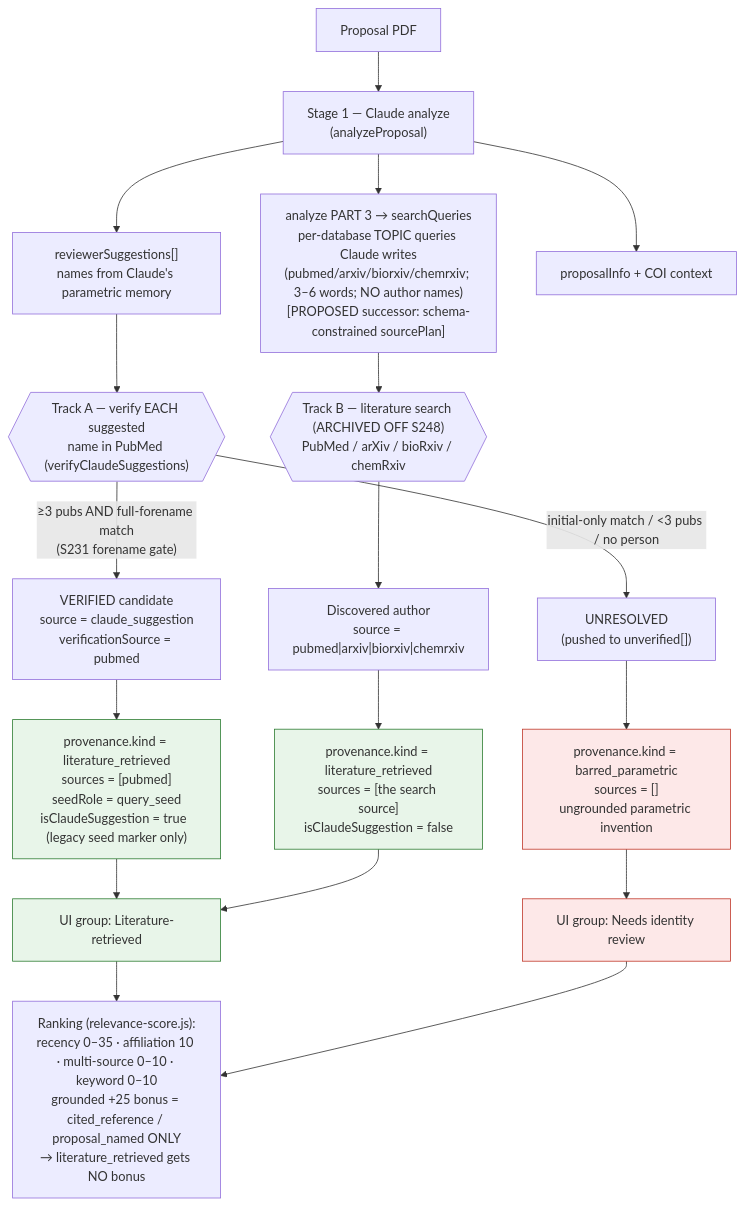
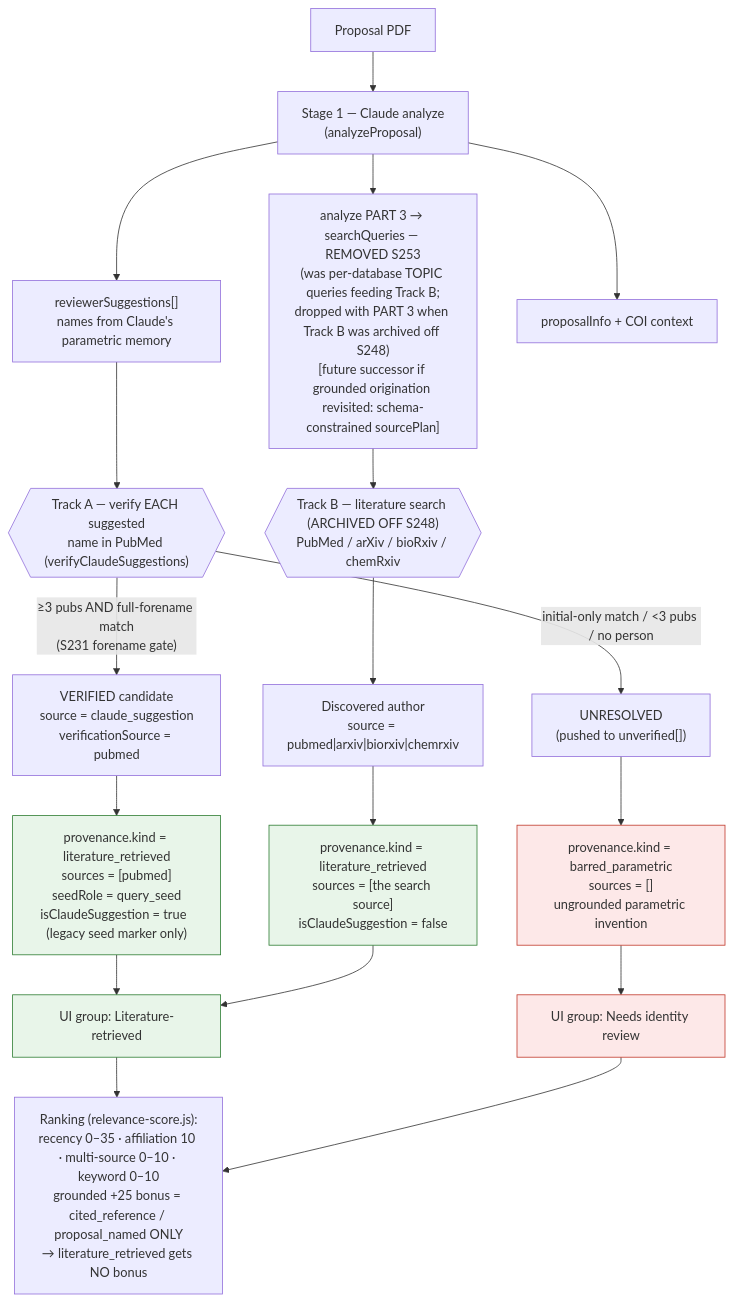
Before and after one commit to justingallivan/wmkf-research-apps: the diagram in docs/REVIEWER_PROVENANCE_MODEL.md, drawn with Mermaid. The commit also changed 5 other files, not shown here.

````diff
--- a/docs/REVIEWER_PROVENANCE_MODEL.md
+++ b/docs/REVIEWER_PROVENANCE_MODEL.md
@@ -36,31 +36,31 @@
 ```mermaid
 flowchart TD
     P[Proposal PDF] --> A["Stage 1 — Claude analyze<br/>(analyzeProposal)"]
     A --> S["reviewerSuggestions[]<br/>names from Claude's parametric memory"]
-    A --> Q["analyze PART 3 → searchQueries<br/>per-database TOPIC queries Claude writes<br/>(pubmed/arxiv/biorxiv/chemrxiv; 3–6 words; NO author names)<br/>[PROPOSED successor: schema-constrained sourcePlan]"]
+    A --> Q["analyze PART 3 → searchQueries — REMOVED S253<br/>(was per-database TOPIC queries feeding Track B;<br/>dropped with PART 3 when Track B was archived off S248)<br/>[future successor if grounded origination revisited: schema-constrained sourcePlan]"]
     A --> I["proposalInfo + COI context"]
 
     S --> TA{{"Track A — verify EACH suggested<br/>name in PubMed (verifyClaudeSuggestions)"}}
     Q --> TB{{"Track B — literature search (ARCHIVED OFF S248)<br/>PubMed / arXiv / bioRxiv / chemRxiv"}}
 
     TA -->|"≥3 pubs AND full-forename match<br/>(S231 forename gate)"| V["VERIFIED candidate<br/>source = claude_suggestion<br/>verificationSource = pubmed"]
     TA -->|"initial-only match / &lt;3 pubs / no person"| U["UNRESOLVED<br/>(pushed to unverified[])"]
 
     TB --> D["Discovered author<br/>source = pubmed|arxiv|biorxiv|chemrxiv"]
 
     V --> VP["provenance.kind = literature_retrieved<br/>sources = [pubmed]<br/>seedRole = query_seed<br/>isClaudeSuggestion = true  (legacy seed marker only)"]
     U --> UP["provenance.kind = barred_parametric<br/>sources = []<br/>ungrounded parametric invention"]
     D --> DP["provenance.kind = literature_retrieved<br/>sources = [the search source]<br/>isClaudeSuggestion = false"]
 
     VP --> G1["UI group: Literature-retrieved"]
     DP --> G1
     UP --> G2["UI group: Needs identity review"]
 
     G1 --> R["Ranking (relevance-score.js):<br/>recency 0–35 · affiliation 10 · multi-source 0–10 · keyword 0–10<br/>grounded +25 bonus = cited_reference / proposal_named ONLY<br/>→ literature_retrieved gets NO bonus"]
     G2 --> R
 
     classDef barred fill:#fde8e8,stroke:#c0392b;
     classDef grounded fill:#e8f5e9,stroke:#2e7d32;
     class UP,G2 barred;
     class VP,DP,G1 grounded;
 ```
````
